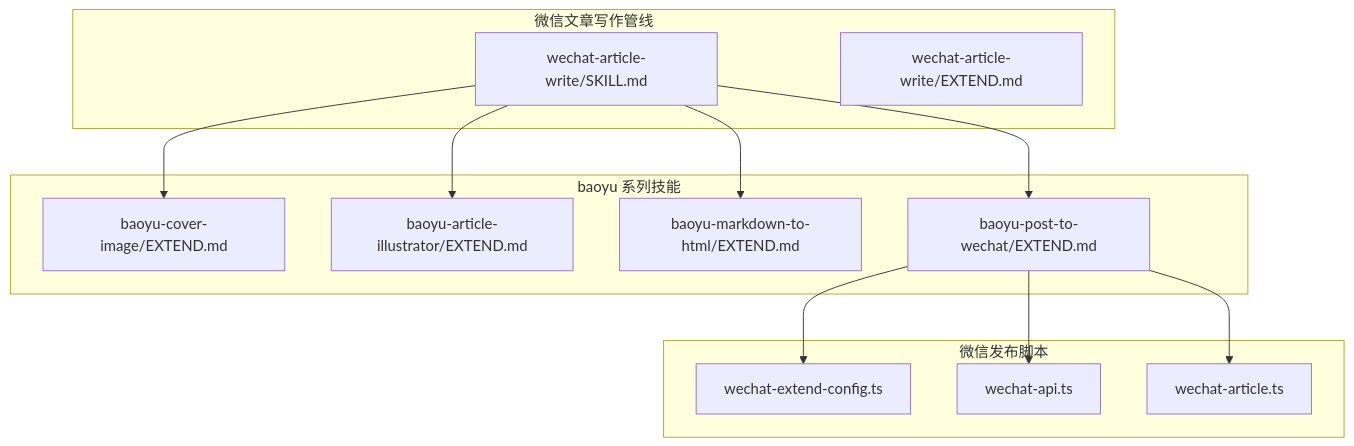
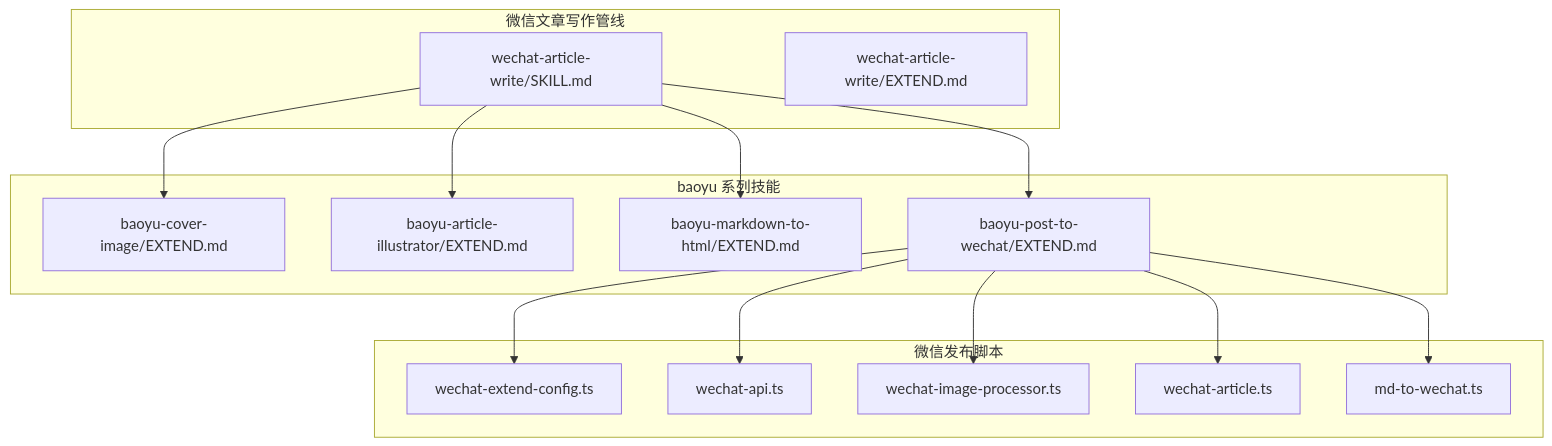
One commit to NTLx/ntlx.github.io changed the first of 11 diagrams in .qoder/repowiki/zh/content/AI 技能系统/发布自动化技能/微信文章写作管线.md. Above: the diagram before and after it, drawn with Mermaid. The commit also changed other lines of this file and 7 other files, not shown here.

````diff
--- a/.qoder/repowiki/zh/content/AI 技能系统/发布自动化技能/微信文章写作管线.md
+++ b/.qoder/repowiki/zh/content/AI 技能系统/发布自动化技能/微信文章写作管线.md
@@ -46,25 +48,29 @@
 ```mermaid
 graph TB
 subgraph "微信文章写作管线"
 WAW["wechat-article-write/SKILL.md"]
 WAE["wechat-article-write/EXTEND.md"]
 end
 subgraph "baoyu 系列技能"
 BI["baoyu-cover-image/EXTEND.md"]
 BA["baoyu-article-illustrator/EXTEND.md"]
 BM["baoyu-markdown-to-html/EXTEND.md"]
 BP["baoyu-post-to-wechat/EXTEND.md"]
 end
 subgraph "微信发布脚本"
 WEC["wechat-extend-config.ts"]
 WAPI["wechat-api.ts"]
+WIP["wechat-image-processor.ts"]
 WART["wechat-article.ts"]
+MDW["md-to-wechat.ts"]
 end
 WAW --> BI
 WAW --> BA
 WAW --> BM
 WAW --> BP
 BP --> WEC
 BP --> WAPI
+BP --> WIP
 BP --> WART
+BP --> MDW
 ```
````
